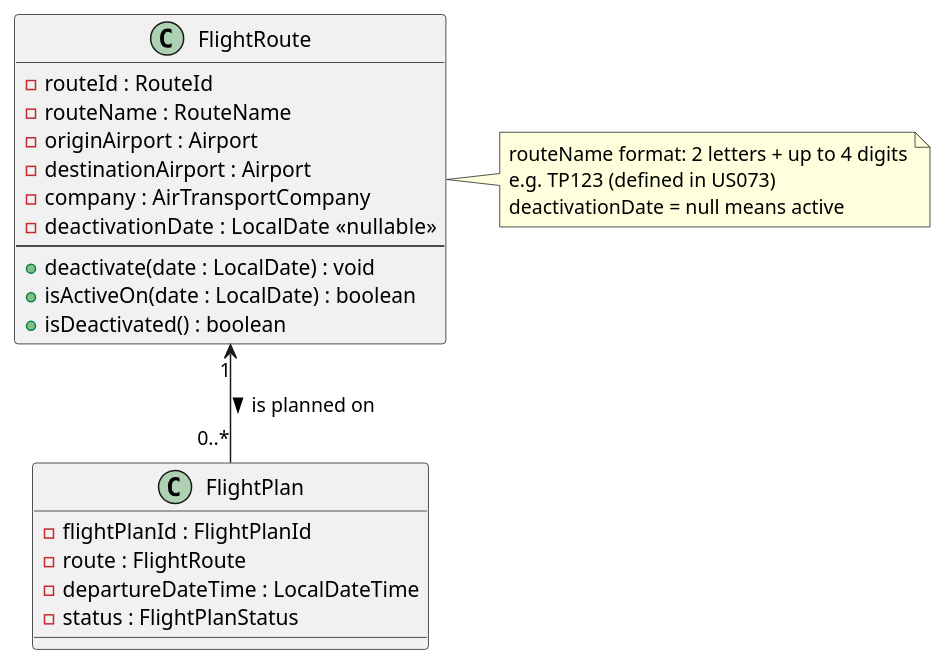
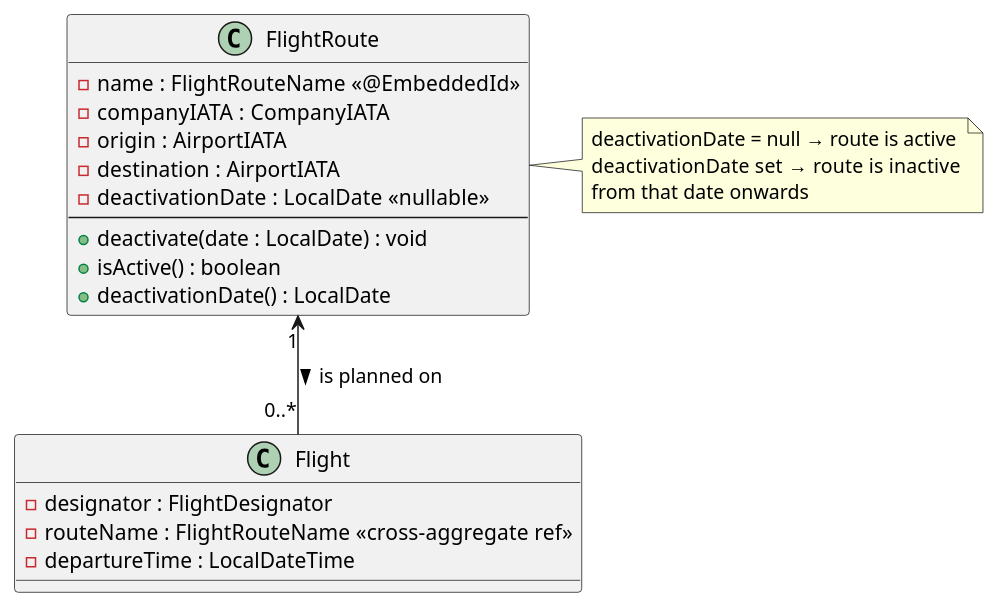
Before and after one commit to 1240826/aisafe-flight-control: the diagram in docs/Sprint3/EAPLI/us_074/readme.md, drawn with PlantUML. The commit also changed other lines of this file, not shown here.

````diff
--- a/docs/Sprint3/EAPLI/us_074/readme.md
+++ b/docs/Sprint3/EAPLI/us_074/readme.md
@@ -138,33 +94,31 @@
 ```plantuml
 @startuml dm_us074
 
 class FlightRoute {
-    - routeId : RouteId
-    - routeName : RouteName
-    - originAirport : Airport
-    - destinationAirport : Airport
-    - company : AirTransportCompany
+    - name : FlightRouteName  «@EmbeddedId»
+    - companyIATA : CompanyIATA
+    - origin : AirportIATA
+    - destination : AirportIATA
     - deactivationDate : LocalDate  «nullable»
     --
     + deactivate(date : LocalDate) : void
-    + isActiveOn(date : LocalDate) : boolean
-    + isDeactivated() : boolean
+    + isActive() : boolean
+    + deactivationDate() : LocalDate
 }
 
 note right of FlightRoute
-  routeName format: 2 letters + up to 4 digits
-  e.g. TP123 (defined in US073)
-  deactivationDate = null means active
+  deactivationDate = null → route is active
+  deactivationDate set   → route is inactive
+  from that date onwards
 end note
 
-class FlightPlan {
-    - flightPlanId : FlightPlanId
-    - route : FlightRoute
-    - departureDateTime : LocalDateTime
-    - status : FlightPlanStatus
+class Flight {
+    - designator : FlightDesignator
+    - routeName : FlightRouteName  «cross-aggregate ref»
+    - departureTime : LocalDateTime
 }
 
-FlightRoute "1" <-- "0..*" FlightPlan : is planned on >
+FlightRoute "1" <-- "0..*" Flight : is planned on >
 
 @enduml
 ```
````
